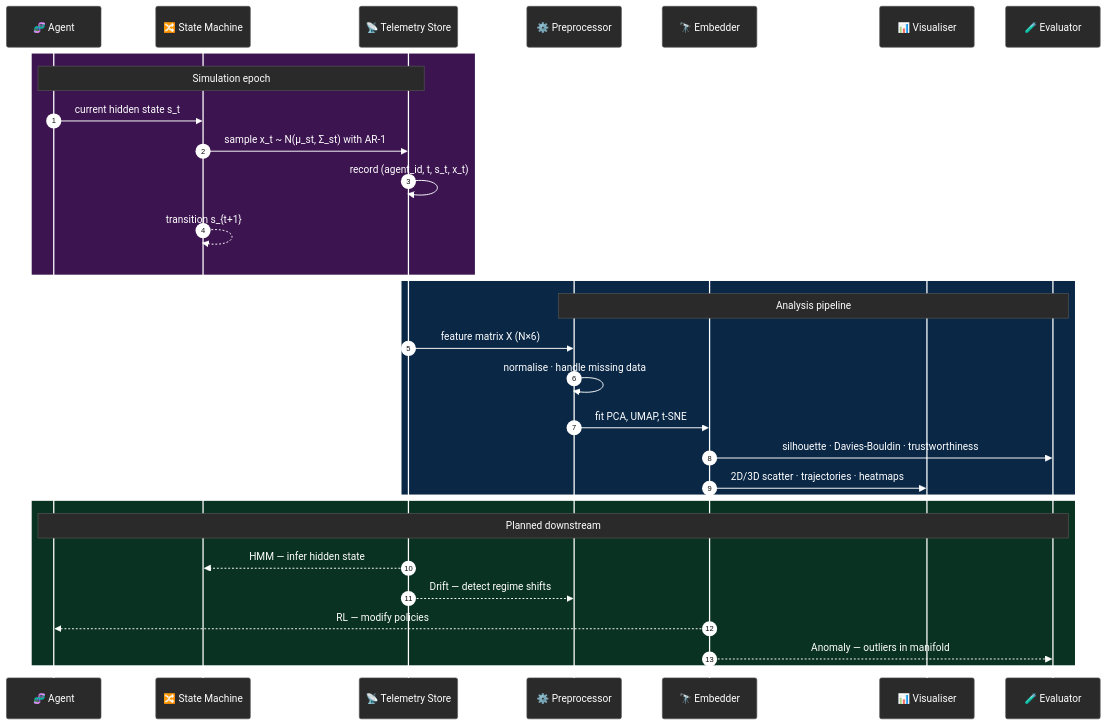
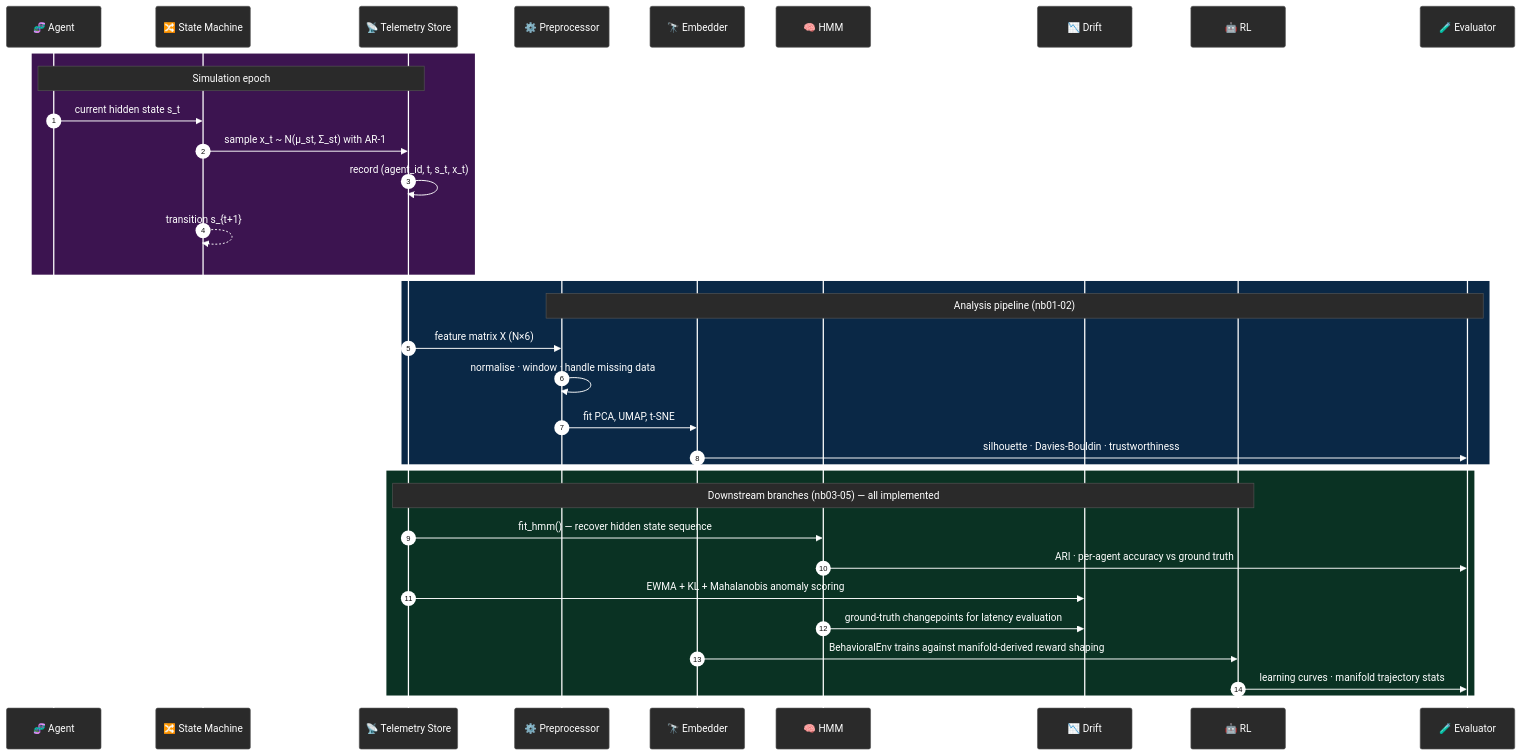
Before and after one commit to PardhuSreeRushiVarma20060119/lbsm-research: the fourth of 6 diagrams in docs/references/ARCHITECTURE_DIAGRAM-mermaid.md, drawn with Mermaid. The commit also changed other lines of this file and 27 other files, not shown here.

````diff
--- a/docs/references/ARCHITECTURE_DIAGRAM-mermaid.md
+++ b/docs/references/ARCHITECTURE_DIAGRAM-mermaid.md
@@ -129,37 +136,40 @@
 ```mermaid
 %%{init: {"theme": "base", "themeVariables": {"primaryColor": "#1e1e2e", "primaryTextColor": "#ffffff", "primaryBorderColor": "#555", "lineColor": "#ffffff", "secondaryColor": "#2a2a2a", "tertiaryColor": "#2a2a2a", "background": "#0d0d0d", "mainBkg": "#2a2a2a", "nodeBorder": "#555", "clusterBkg": "#2a2a2a", "clusterBorder": "#555555", "titleColor": "#ffffff", "edgeLabelBackground": "#1a1a1a", "actorBkg": "#2a2a2a", "actorBorder": "#555", "actorTextColor": "#ffffff", "actorLineColor": "#ffffff", "signalColor": "#ffffff", "signalTextColor": "#ffffff", "labelBoxBkgColor": "#2a2a2a", "labelBoxBorderColor": "#555", "labelTextColor": "#ffffff", "loopTextColor": "#ffffff", "noteBkgColor": "#2a2a2a", "noteBorderColor": "#555", "noteTextColor": "#ffffff", "activationBkgColor": "#3a3a3a", "sequenceNumberColor": "#0d0d0d", "fontFamily": "monospace"}}}%%
 sequenceDiagram
     autonumber
     participant A  as 🧬 Agent
     participant SM as 🔀 State Machine
     participant T  as 📡 Telemetry Store
     participant P  as ⚙️ Preprocessor
     participant E  as 🔭 Embedder
-    participant V  as 📊 Visualiser
+    participant H  as 🧠 HMM
+    participant D  as 📉 Drift
+    participant R  as 🤖 RL
     participant Q  as 🧪 Evaluator
 
     rect rgb(60,20,80)
         Note over A,T: Simulation epoch
         A  ->> SM: current hidden state s_t
         SM ->> T:  sample x_t ~ N(μ_st, Σ_st) with AR-1
         T  ->> T:  record (agent_id, t, s_t, x_t)
         SM -->> SM: transition s_{t+1}
     end
 
     rect rgb(10,40,70)
-        Note over P,Q: Analysis pipeline
+        Note over P,Q: Analysis pipeline (nb01-02)
         T  ->> P:  feature matrix X (N×6)
-        P  ->> P:  normalise · handle missing data
+        P  ->> P:  normalise · window · handle missing data
         P  ->> E:  fit PCA, UMAP, t-SNE
         E  ->> Q:  silhouette · Davies-Bouldin · trustworthiness
-        E  ->> V:  2D/3D scatter · trajectories · heatmaps
     end
 
     rect rgb(10,50,35)
-        Note over A,Q: Planned downstream
-        T  -->> SM: HMM — infer hidden state
-        T  -->> P:  Drift — detect regime shifts
-        E  -->> A:  RL — modify policies
-        E  -->> Q:  Anomaly — outliers in manifold
+        Note over T,R: Downstream branches (nb03-05) — all implemented
+        T  ->> H:  fit_hmm() — recover hidden state sequence
+        H  ->> Q:  ARI · per-agent accuracy vs ground truth
+        T  ->> D:  EWMA + KL + Mahalanobis anomaly scoring
+        H  ->> D:  ground-truth changepoints for latency evaluation
+        E  ->> R:  BehavioralEnv trains against manifold-derived reward shaping
+        R  ->> Q:  learning curves · manifold trajectory stats
     end
 ```
````
